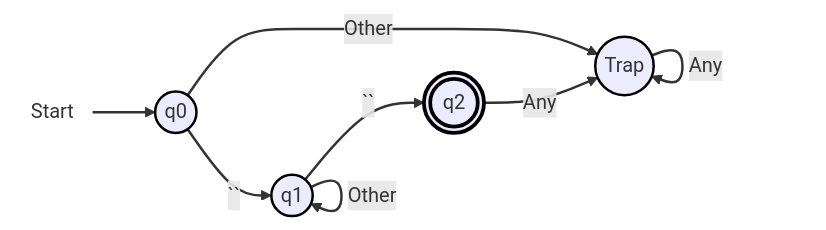
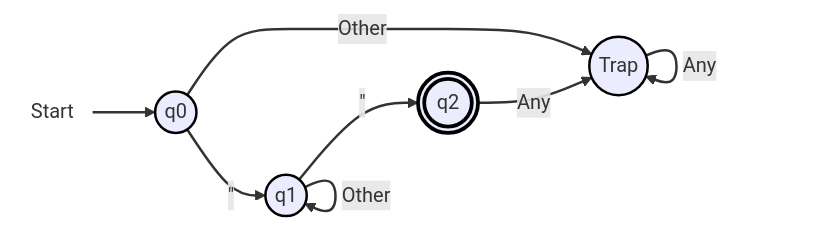
One commit to CS-Tiny-Compiler/a-tiny-compiler changed the third of 9 diagrams in docs/DFA.md. Above: the diagram before and after it, drawn with Mermaid.

Commit message:
used correct double quotes in string DFA

````diff
--- a/docs/DFA.md
+++ b/docs/DFA.md
@@ -73,18 +73,18 @@
 ```mermaid
 flowchart LR
   start(((Start))):::startNode --> q0(("q0")):::normal
 
-  q0 --> |``| q1(("q1")):::normal
+  q0 --> |#34;| q1(("q1")):::normal
   q0 --> |"Other"| q3(("Trap")):::trapState
   q1 --> |"Other"| q1
-  q1 --> |``| q2((("q2"))):::finalState
+  q1 --> |#34;| q2((("q2"))):::finalState
   q2 --> |"Any"| q3
   q3 --> |"Any"| q3
 
   classDef startNode fill:none,stroke:none;
   classDef normal stroke:#000,stroke-width:2px;
   classDef finalState stroke:#000,stroke-width:3px;
   classDef trapState stroke:#000,stroke-width:2px;
 
   linkStyle default stroke:#333,stroke-width:2px,fill:none;
 ```
````
